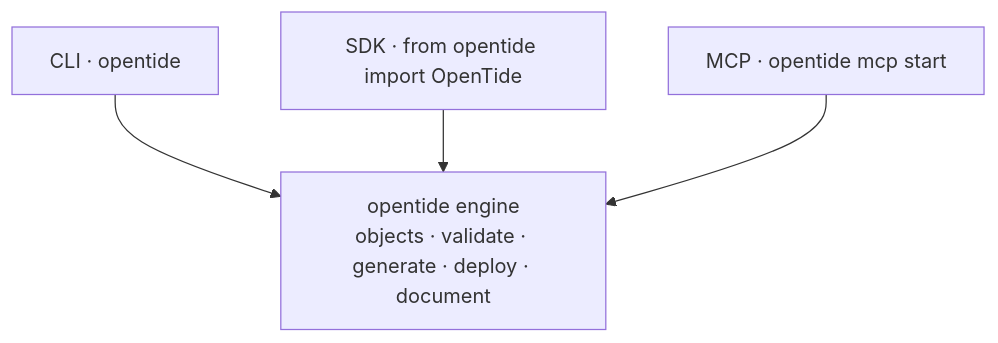
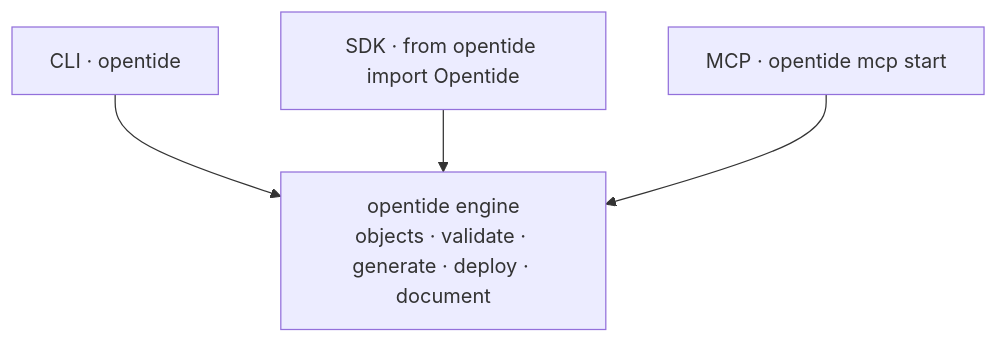
Before and after one commit to opentidehq/website: the diagram in content/docs/usage/choosing-an-interface.mdx, drawn with Mermaid. The commit also changed other lines of this file and 75 other files, not shown here.

````diff
--- a/content/docs/usage/choosing-an-interface.mdx
+++ b/content/docs/usage/choosing-an-interface.mdx
@@ -8,7 +8,7 @@
 ```mermaid
 flowchart TD
   engine["opentide engine<br/>objects · validate · generate · deploy · document"]
   cli["CLI · opentide"] --> engine
-  sdk["SDK · from opentide import OpenTide"] --> engine
+  sdk["SDK · from opentide import Opentide"] --> engine
   mcp["MCP · opentide mcp start"] --> engine
 ```
````
